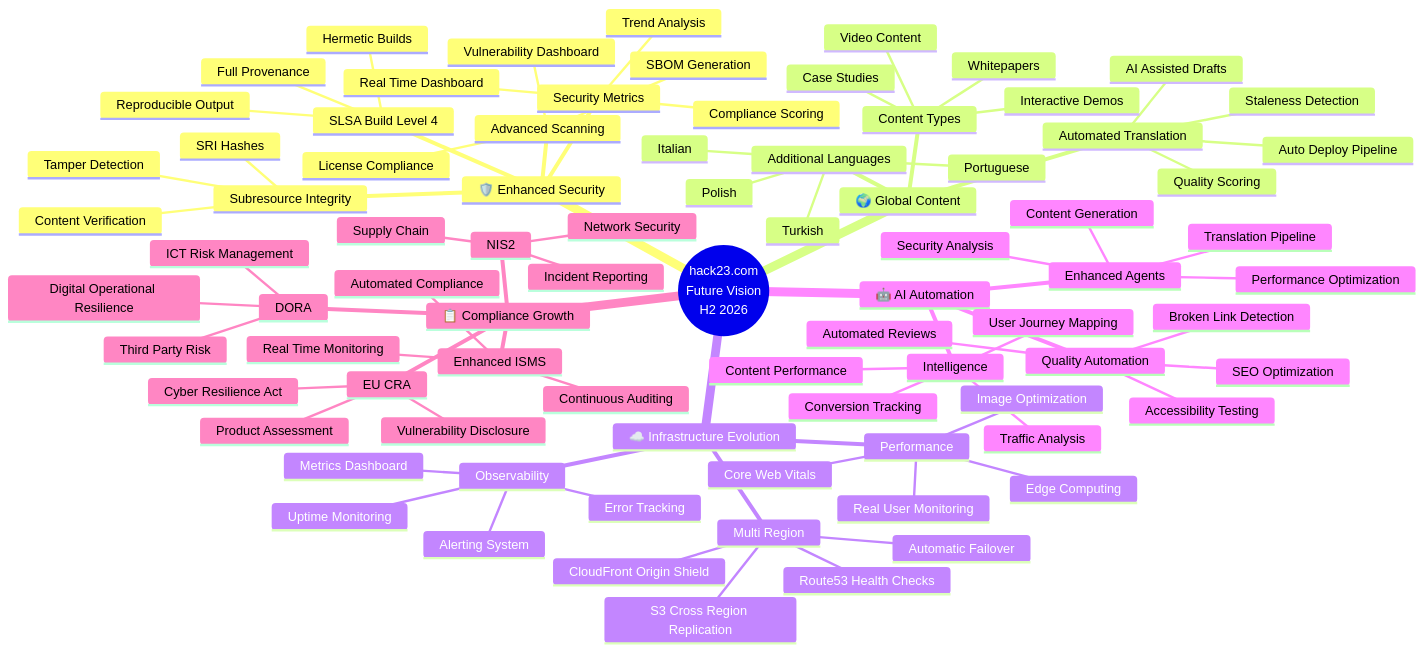
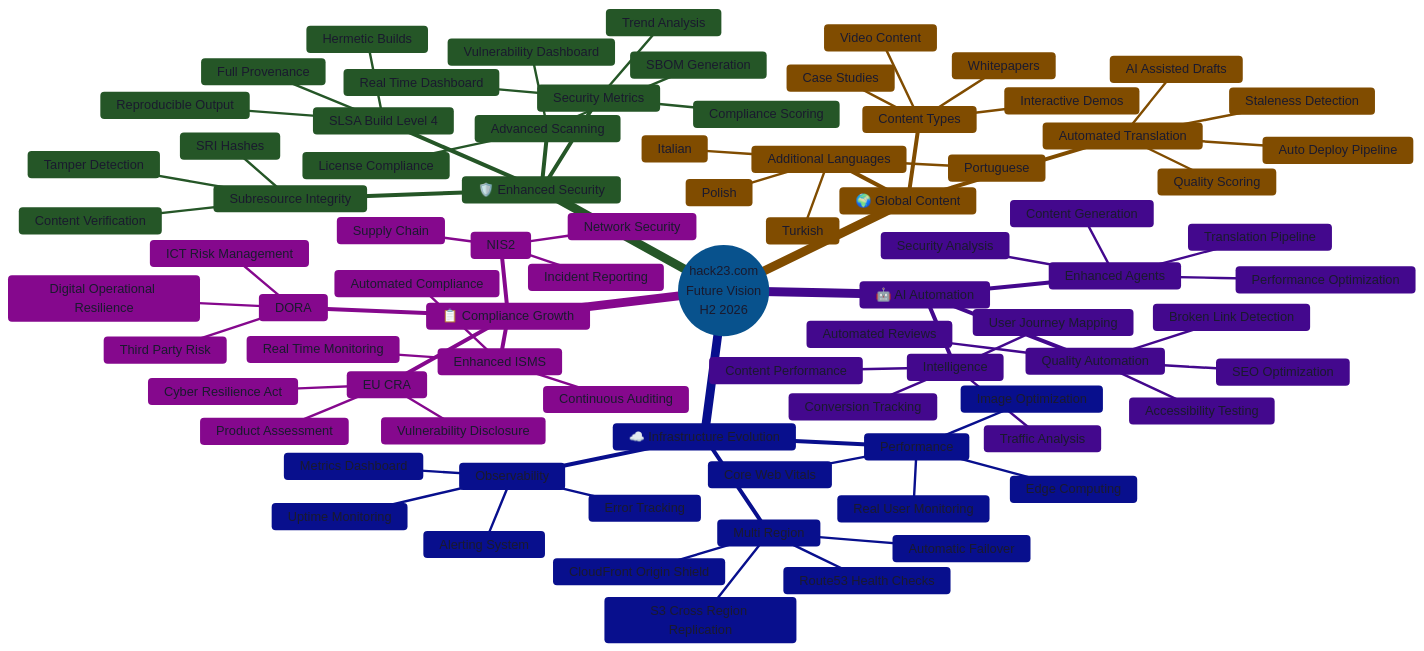
One commit to Hack23/homepage changed the first of 2 diagrams in FUTURE_MINDMAP.md. Above: the diagram before and after it, drawn with Mermaid. The commit also changed other lines of this file and 30 other files, not shown here.

First line of the commit message:
Fix broken mermaid diagrams and add consistent theming to all 115 blocks

````diff
--- a/FUTURE_MINDMAP.md
+++ b/FUTURE_MINDMAP.md
@@ -47,4 +47,5 @@
 ```mermaid
+%%{init: {"theme": "base", "themeVariables": {"primaryColor": "#2196F3", "primaryTextColor": "#1a1a2e", "lineColor": "#455A64", "secondaryColor": "#4CAF50", "tertiaryColor": "#FF9800"}}}%%
 mindmap
   root((hack23.com<br/>Future Vision<br/>H2 2026))
     🛡️ Enhanced Security
````
